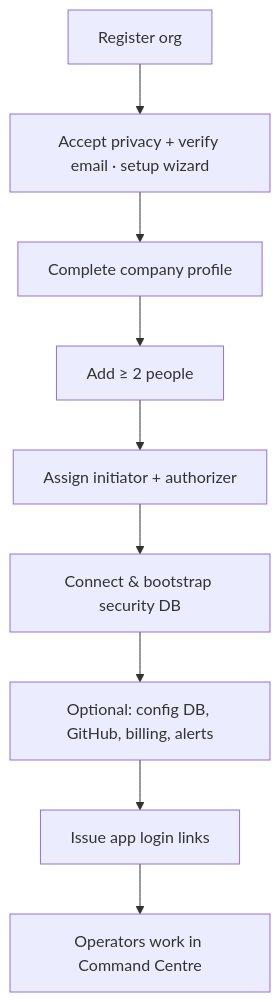
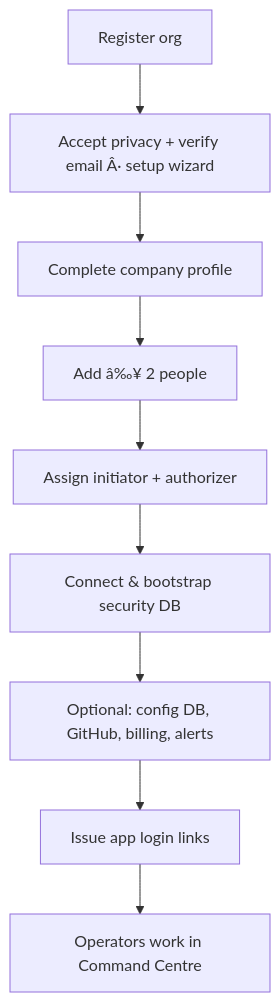
The diagram in docs/how-to/platform/README.md (Phantom-Fort/Phantix-Frontend), drawn with Mermaid before and after one commit. The commit also changed other lines of this file and 36 other files, not shown here.

````diff
--- a/docs/how-to/platform/README.md
+++ b/docs/how-to/platform/README.md
@@ -27,11 +27,11 @@
 ```mermaid
 flowchart TD
-  A[Register org] --> B[Accept privacy + verify email · setup wizard]
+  A[Register org] --> B[Accept privacy + verify email Â· setup wizard]
   B --> C[Complete company profile]
-  C --> D[Add ≥ 2 people]
+  C --> D[Add â‰¥ 2 people]
   D --> E[Assign initiator + authorizer]
   E --> F[Connect & bootstrap security DB]
   F --> G[Optional: config DB, GitHub, billing, alerts]
   G --> H[Issue app login links]
   H --> I[Operators work in Command Centre]
 ```
````
